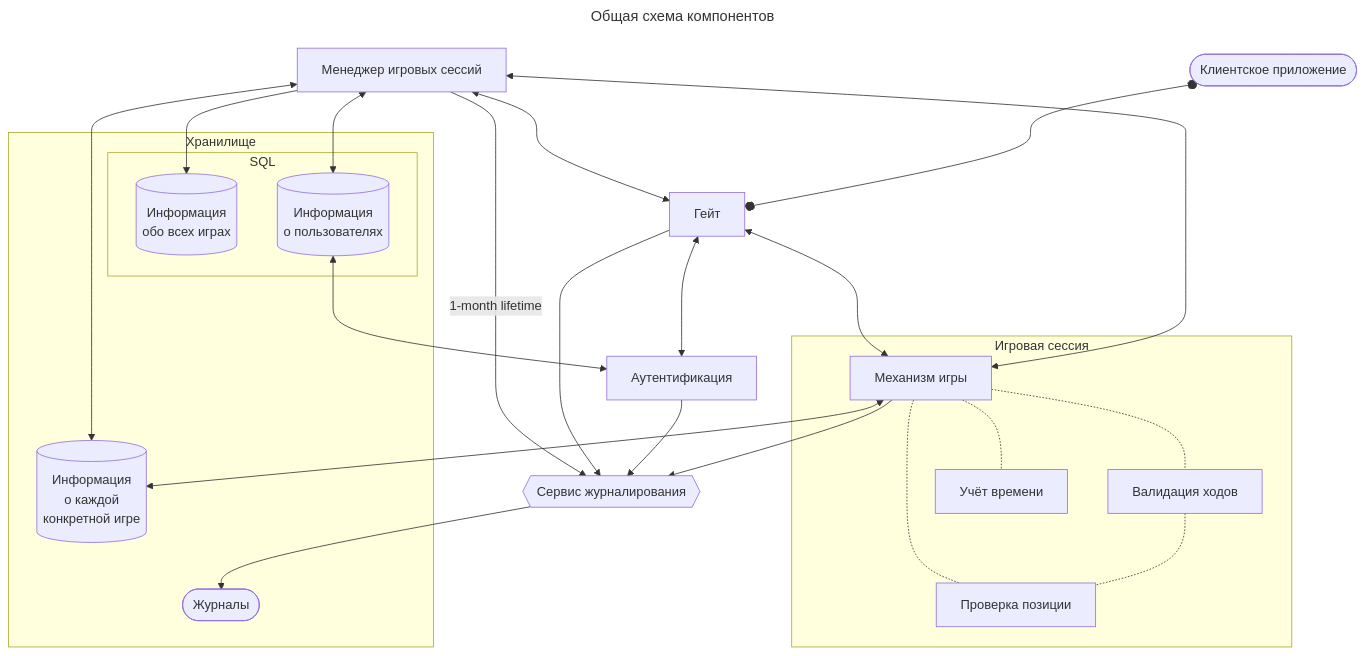
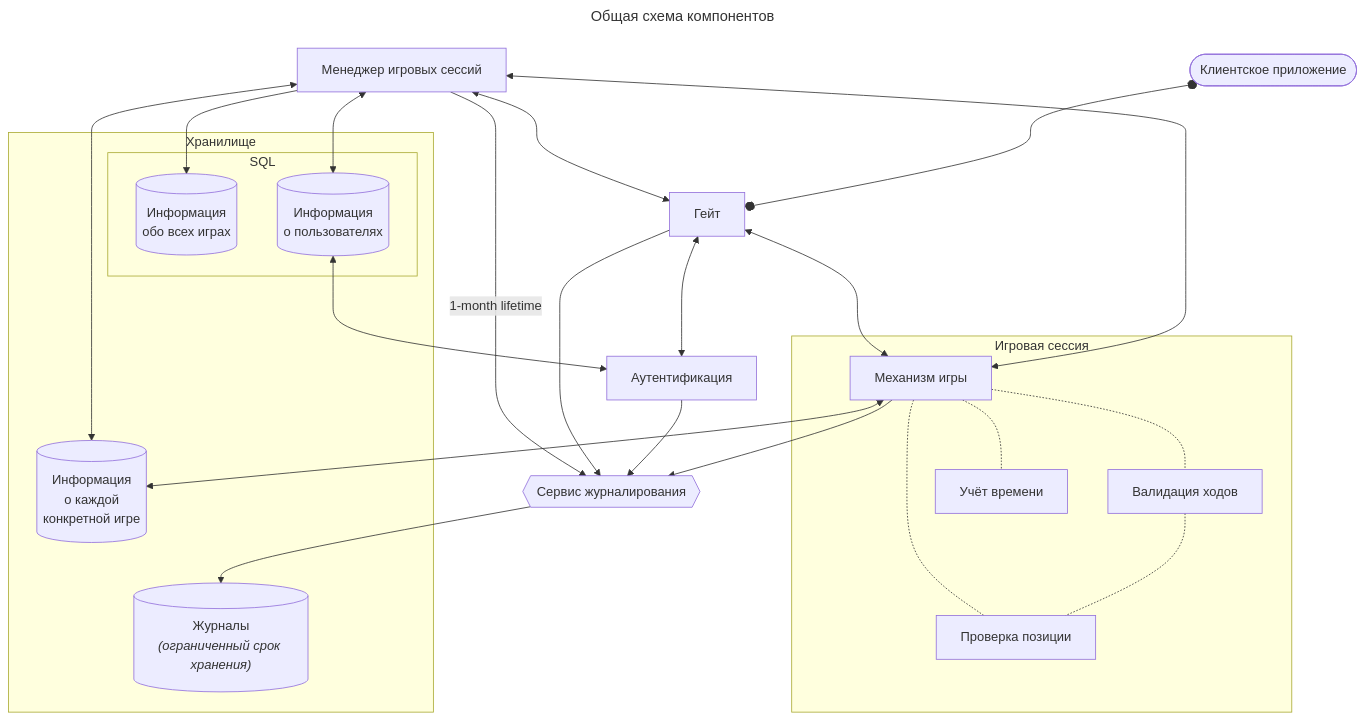
The diagram in docs/arch.md (sadmadrus/chessBox), drawn with Mermaid before and after one commit.

Commit message:
note expiration for logs

````diff
--- a/docs/arch.md
+++ b/docs/arch.md
@@ -4,46 +4,47 @@
 ```mermaid
 ---
 title: Общая схема компонентов
 ---
 flowchart TD
     Client([Клиентское приложение])
     Gate[Гейт]
     Auth[Аутентификация]
     GS[Менеджер игровых сессий]
     subgraph ChessGame[Игровая сессия]
         Game[Механизм игры]
         Position[Проверка позиции]
         MoveValidator[Валидация ходов]
         Timing[Учёт времени]
         Game -.- Timing
         Game -.- Position
         Game -.- MoveValidator
         MoveValidator-.- Position
     end
     subgraph Repository[Хранилище]
         subgraph SQL[SQL]
             GamesInfo[("`Информация
             обо всех играх`")]
             User[("`Информация
             о пользователях`")]
         end
         GameDetail[("`Информация
         о каждой
         конкретной игре`")]
-        LogStorage([Журналы])
+        LogStorage[("`Журналы
+        _(ограниченный срок хранения)_`")]
     end
         Logs{{Сервис журналирования}}
     Gate <--> Auth 
     GS <--> Gate
     GS <--> User <--> Auth
     GS -- 1-month lifetime --> Logs
     Gate <--> Game --> Logs
     Client o--o Gate
     GS <--> Game
     GS --> GamesInfo
     GS <--> GameDetail
     Game <--> GameDetail
     Gate --> Logs
     Auth --> Logs
     Logs --> LogStorage
 ```
````
